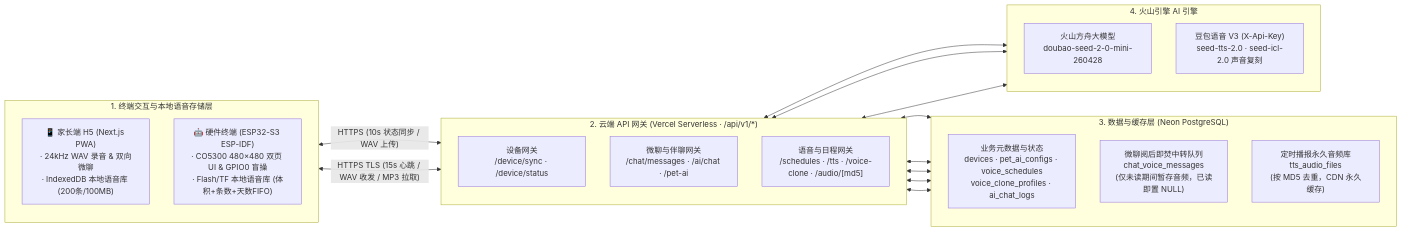
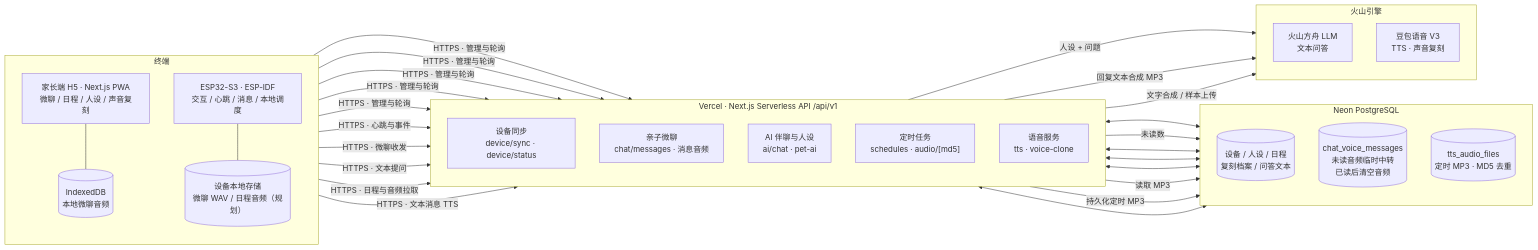
Before and after one commit to cola-sk/xiao-ming-tong-xue: the first of 2 diagrams in README.md, drawn with Mermaid. The commit also changed other lines of this file and 15 other files, not shown here.

First line of the commit message:
feat: integrate EMQX Cloud Serverless MQTT for sub-second parent-device push wakeup

````diff
--- a/README.md
+++ b/README.md
@@ -13,41 +13,53 @@
 ```mermaid
 flowchart LR
-    subgraph Devices["1. 终端交互与本地语音存储层"]
+    subgraph Clients["终端"]
         direction TB
-        H5["📱 家长端 H5 (Next.js PWA)\n· 24kHz WAV 录音 & 双向微聊\n· IndexedDB 本地语音库 (200条/100MB)"]
-        ESP["🤖 硬件终端 (ESP32-S3 ESP-IDF)\n· CO5300 480×480 双页 UI & GPIO0 盲操\n· Flash/TF 本地语音库 (体积+条数+天数FIFO)"]
+        H5["家长端 H5 · Next.js PWA<br/>微聊 / 日程 / 人设 / 声音复刻"]
+        IDB[("IndexedDB<br/>本地微聊音频")]
+        ESP["ESP32-S3 · ESP-IDF<br/>交互 / 心跳 / 消息 / 本地调度"]
+        Local[("设备本地存储<br/>微聊 WAV / 日程音频（规划）")]
+        H5 --- IDB
+        ESP --- Local
     end
 
-    subgraph Gateway["2. 云端 API 网关 (Vercel Serverless · /api/v1/*)"]
+    subgraph API["Vercel · Next.js Serverless API /api/v1"]
         direction TB
-        GW_Dev["设备网关\n/device/sync · /device/status"]
-        GW_Chat["微聊与伴聊网关\n/chat/messages · /ai/chat · /pet-ai"]
-        GW_Audio["语音与日程网关\n/schedules · /tts · /voice-clone · /audio/[md5]"]
+        Sync["设备同步<br/>device/sync · device/status"]
+        Chat["亲子微聊<br/>chat/messages · 消息音频"]
+        Pet["AI 伴聊与人设<br/>ai/chat · pet-ai"]
+        Schedule["定时任务<br/>schedules · audio/[md5]"]
+        Voice["语音服务<br/>tts · voice-clone"]
     end
 
-    subgraph Storage["3. 数据与缓存层 (Neon PostgreSQL)"]
+    subgraph Data["Neon PostgreSQL"]
         direction TB
-        DB_Meta["业务元数据与状态\ndevices · pet_ai_configs · voice_schedules\nvoice_clone_profiles · ai_chat_logs"]
-        DB_Chat["微聊阅后即焚中转队列\nchat_voice_messages\n(仅未读期间暂存音频，已读即置 NULL)"]
-        DB_Audio["定时播报永久音频库\ntts_audio_files\n(按 MD5 去重，CDN 永久缓存)"]
+        Meta[("设备 / 人设 / 日程<br/>复刻档案 / 问答文本")]
+        Queue[("chat_voice_messages<br/>未读音频临时中转<br/>已读后清空音频")]
+        Audio[("tts_audio_files<br/>定时 MP3 · MD5 去重")]
     end
 
-    subgraph AI["4. 火山引擎 AI 引擎"]
+    subgraph External["火山引擎"]
         direction TB
-        Ark["火山方舟大模型\ndoubao-seed-2-0-mini-260428"]
-        Speech["豆包语音 V3 (X-Api-Key)\nseed-tts-2.0 · seed-icl-2.0 声音复刻"]
+        Ark["火山方舟 LLM<br/>文本问答"]
+        Speech["豆包语音 V3<br/>TTS · 声音复刻"]
     end
 
-    H5 <-->|"HTTPS (10s 状态同步 / WAV 上传)"| Gateway
-    ESP <-->|"HTTPS TLS (15s 心跳 / WAV 收发 / MP3 拉取)"| Gateway
+    H5 -->|"HTTPS · 管理与轮询"| Sync & Chat & Pet & Schedule & Voice
+    ESP -->|"HTTPS · 心跳与事件"| Sync
+    ESP -->|"HTTPS · 微聊收发"| Chat
+    ESP -->|"HTTPS · 文本提问"| Pet
+    ESP -->|"HTTPS · 日程与音频拉取"| Schedule
+    ESP -->|"HTTPS · 文本消息 TTS"| Voice
 
-    GW_Dev <--> DB_Meta
-    GW_Chat <--> DB_Chat
-    GW_Chat <--> DB_Meta
-    GW_Audio <--> DB_Audio
-    GW_Audio <--> DB_Meta
-
-    GW_Chat <--> Ark
-    GW_Chat <--> Speech
-    GW_Audio <--> Speech
+    Sync <--> Meta
+    Sync -->|"未读数"| Queue
+    Chat <--> Queue
+    Pet <--> Meta
+    Schedule <--> Meta
+    Schedule -->|"读取 MP3"| Audio
+    Voice -->|"持久化定时 MP3"| Audio
+    Voice <--> Meta
+    Pet -->|"人设 + 问题"| Ark
+    Pet -->|"回复文本合成 MP3"| Speech
+    Voice -->|"文字合成 / 样本上传"| Speech
 ```
````
